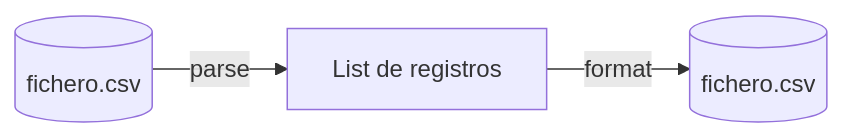
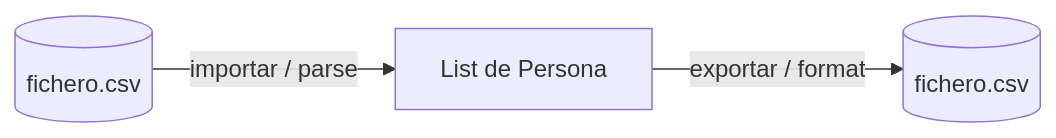
One commit to obiticadev/DAM-2025-26 changed the fifth of 5 diagrams in Programación/Aprendizaje autodidacta/11_APIRESTMasterclass/teoria/16_XML_y_Ficheros.md. Above: the diagram before and after it, drawn with Mermaid. The commit also changed other lines of this file and 69 other files, not shown here.

````diff
--- a/Programación/Aprendizaje autodidacta/11_APIRESTMasterclass/teoria/16_XML_y_Ficheros.md
+++ b/Programación/Aprendizaje autodidacta/11_APIRESTMasterclass/teoria/16_XML_y_Ficheros.md
@@ -62,5 +334,5 @@
 ```mermaid
 flowchart LR
-    F[(fichero.csv)] -->|parse| L[List de registros]
-    L -->|format| F2[(fichero.csv)]
+    F[(fichero.csv)] -->|importar / parse| L["List de Persona"]
+    L -->|exportar / format| F2[(fichero.csv)]
 ```
````
